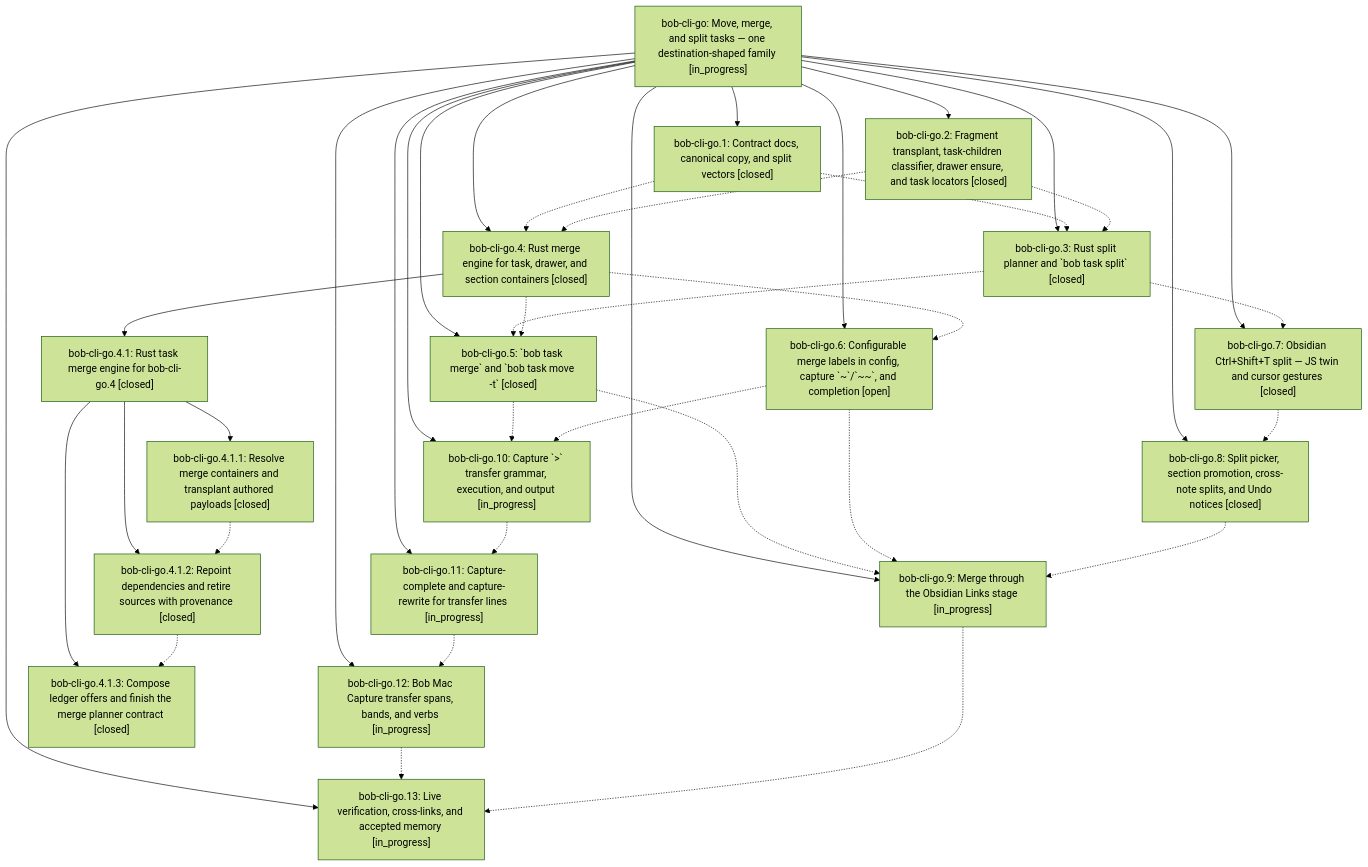
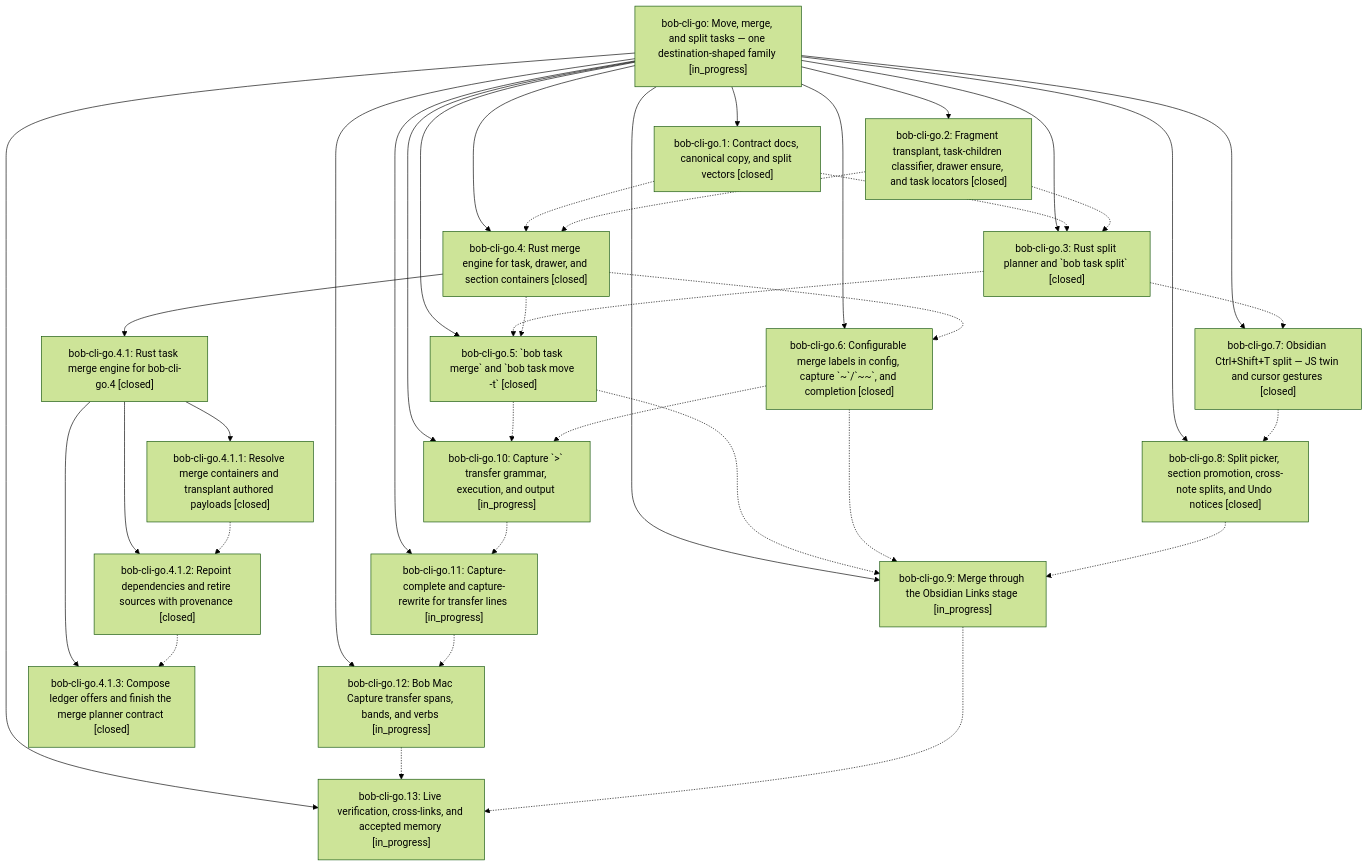
The diagram in pages/bob-cli-go/README.md (bobs-org/bob-cli--beads), drawn with Mermaid (forest theme) before and after one commit. The commit also changed other lines of this file and 5 other files, not shown here.

First line of the commit message:
chore(beads): sync bead state and pages for bob-cli-go

````diff
--- a/pages/bob-cli-go/README.md
+++ b/pages/bob-cli-go/README.md
@@ -64,58 +64,58 @@
 ```mermaid
 flowchart TD
     n0["bob-cli-go: Move, merge, and split tasks — one destination-shaped family [in_progress]"]
     n1["bob-cli-go.1: Contract docs, canonical copy, and split vectors [closed]"]
     n2["bob-cli-go.10: Capture `&gt;` transfer grammar, execution, and output [in_progress]"]
     n3["bob-cli-go.11: Capture-complete and capture-rewrite for transfer lines [in_progress]"]
     n4["bob-cli-go.12: Bob Mac Capture transfer spans, bands, and verbs [in_progress]"]
     n5["bob-cli-go.13: Live verification, cross-links, and accepted memory [in_progress]"]
     n6["bob-cli-go.2: Fragment transplant, task-children classifier, drawer ensure, and task locators [closed]"]
     n7["bob-cli-go.3: Rust split planner and `bob task split` [closed]"]
     n8["bob-cli-go.4: Rust merge engine for task, drawer, and section containers [closed]"]
     n9["bob-cli-go.4.1: Rust task merge engine for bob-cli-go.4 [closed]"]
     n10["bob-cli-go.4.1.1: Resolve merge containers and transplant authored payloads [closed]"]
     n11["bob-cli-go.4.1.2: Repoint dependencies and retire sources with provenance [closed]"]
     n12["bob-cli-go.4.1.3: Compose ledger offers and finish the merge planner contract [closed]"]
     n13["bob-cli-go.5: `bob task merge` and `bob task move -t` [closed]"]
-    n14["bob-cli-go.6: Configurable merge labels in config, capture `~`/`~~`, and completion [open]"]
+    n14["bob-cli-go.6: Configurable merge labels in config, capture `~`/`~~`, and completion [closed]"]
     n15["bob-cli-go.7: Obsidian Ctrl+Shift+T split — JS twin and cursor gestures [closed]"]
     n16["bob-cli-go.8: Split picker, section promotion, cross-note splits, and Undo notices [closed]"]
     n17["bob-cli-go.9: Merge through the Obsidian Links stage [in_progress]"]
     n0 --> n1
     n0 --> n2
     n0 --> n3
     n0 --> n4
     n0 --> n5
     n0 --> n6
     n0 --> n7
     n0 --> n8
     n8 --> n9
     n9 --> n10
     n9 --> n11
     n9 --> n12
     n0 --> n13
     n0 --> n14
     n0 --> n15
     n0 --> n16
     n0 --> n17
     n1 -.-> n7
     n1 -.-> n8
     n2 -.-> n3
     n3 -.-> n4
     n4 -.-> n5
     n6 -.-> n7
     n6 -.-> n8
     n7 -.-> n13
     n7 -.-> n15
     n8 -.-> n13
     n8 -.-> n14
     n10 -.-> n11
     n11 -.-> n12
     n13 -.-> n2
     n13 -.-> n17
     n14 -.-> n2
     n14 -.-> n17
     n15 -.-> n16
     n16 -.-> n17
     n17 -.-> n5
 ```
````
